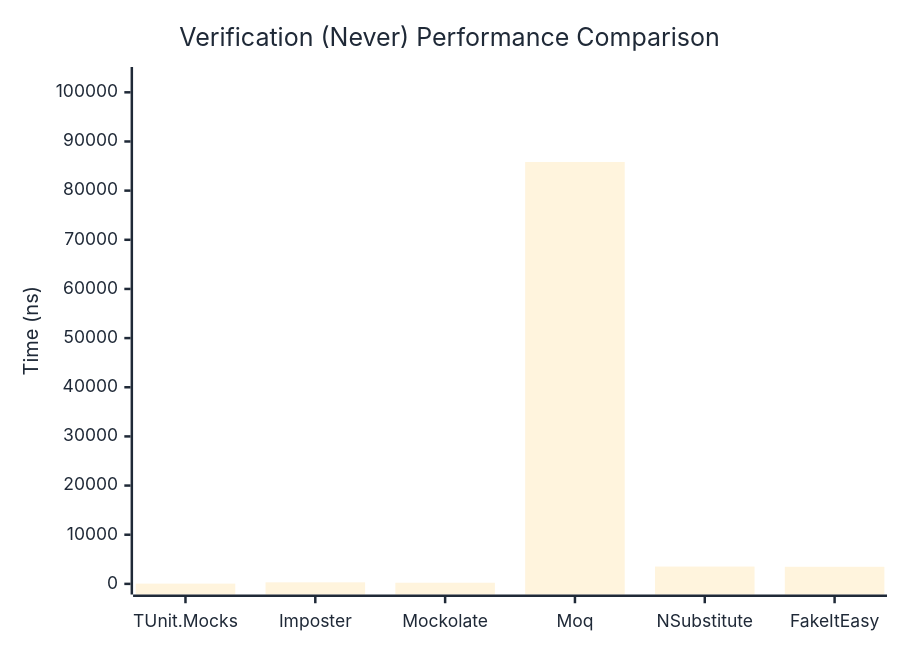
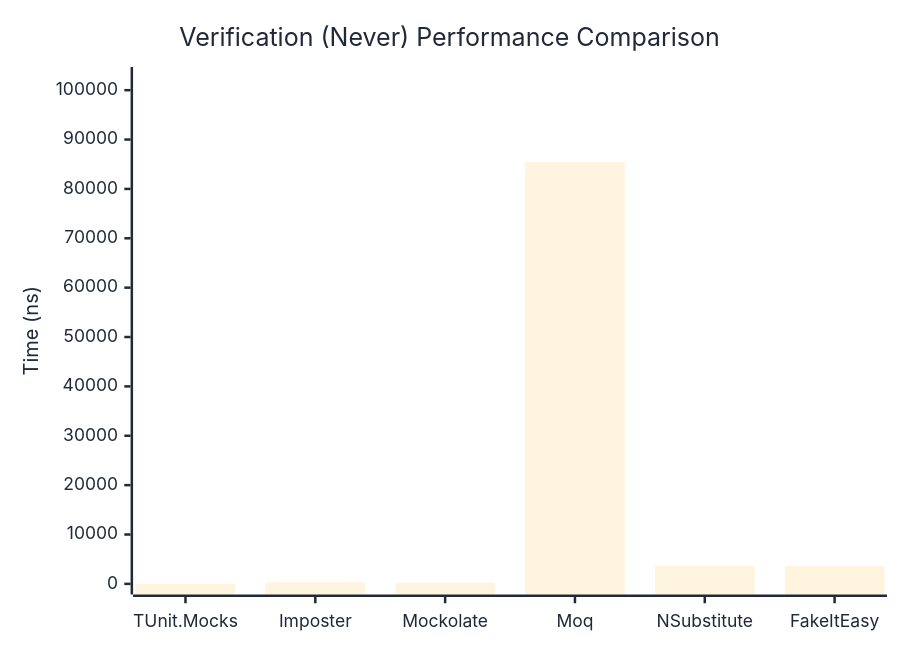
The second of 3 diagrams in docs/docs/benchmarks/mocks/Verification.md (thomhurst/TUnit), drawn with Mermaid before and after one commit. The commit also changed other lines of this file and 14 other files, not shown here.

````diff
--- a/docs/docs/benchmarks/mocks/Verification.md
+++ b/docs/docs/benchmarks/mocks/Verification.md
@@ -71,27 +71,27 @@
 ```mermaid
 %%{init: {
   'theme':'base',
   'themeVariables': {
     'primaryColor': '#2563eb',
     'primaryTextColor': '#1f2937',
     'primaryBorderColor': '#1e40af',
     'lineColor': '#6b7280',
     'secondaryColor': '#7c3aed',
     'tertiaryColor': '#dc2626',
     'background': '#ffffff',
     'pie1': '#2563eb',
     'pie2': '#7c3aed',
     'pie3': '#dc2626',
     'pie4': '#f59e0b',
     'pie5': '#10b981',
     'pie6': '#06b6d4',
     'pie7': '#ec4899',
     'pie8': '#6366f1'
   }
 }}%%
 xychart-beta
   title "Verification (Never) Performance Comparison"
   x-axis ["TUnit.Mocks", "Imposter", "Mockolate", "Moq", "NSubstitute", "FakeItEasy"]
-  y-axis "Time (ns)" 0 --> 102990
-  bar [51.05, 315.15, 230.04, 85824.47, 3522.86, 3474.74]
+  y-axis "Time (ns)" 0 --> 102541
+  bar [50.05, 311.3, 222.92, 85450.63, 3613.08, 3589.99]
 ```
````
